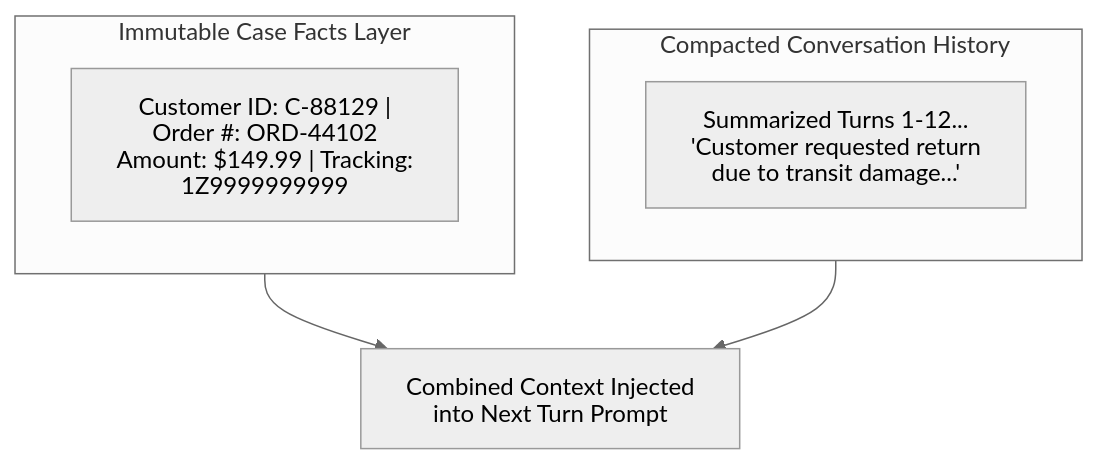
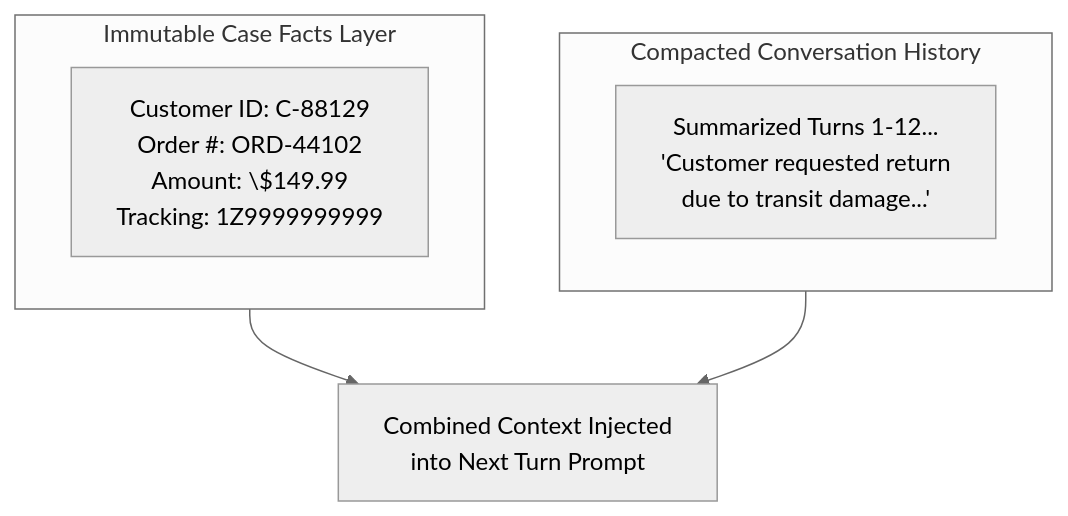
Before and after one commit to dip4k/claude_cert_architect_foundation_prep: the fifth of 6 diagrams in EXAM_REFRESHER.md, drawn with Mermaid (neutral theme). The commit also changed other lines of this file and 99 other files, not shown here.

````diff
--- a/EXAM_REFRESHER.md
+++ b/EXAM_REFRESHER.md
@@ -247,15 +235,11 @@
 ```mermaid
----
-config:
-  htmlLabels: false
----
 flowchart TD
     subgraph Facts["Immutable Case Facts Layer"]
-        CF["Customer ID: C-88129 | Order #: ORD-44102<br>Amount: $149.99 | Tracking: 1Z9999999999"]
+        CF["Customer ID: C-88129<br>Order #: ORD-44102<br>Amount: \$149.99<br>Tracking: 1Z9999999999"]
     end
     subgraph History["Compacted Conversation History"]
-        CH["Summarized Turns 1-12...<br>'Customer requested return due to transit damage...'"]
+        CH["Summarized Turns 1-12...<br>'Customer requested return<br>due to transit damage...'"]
     end
-    Facts --> Context["Combined Context Injected into Next Turn Prompt"]
+    Facts --> Context["Combined Context Injected<br>into Next Turn Prompt"]
     History --> Context
 ```
````
